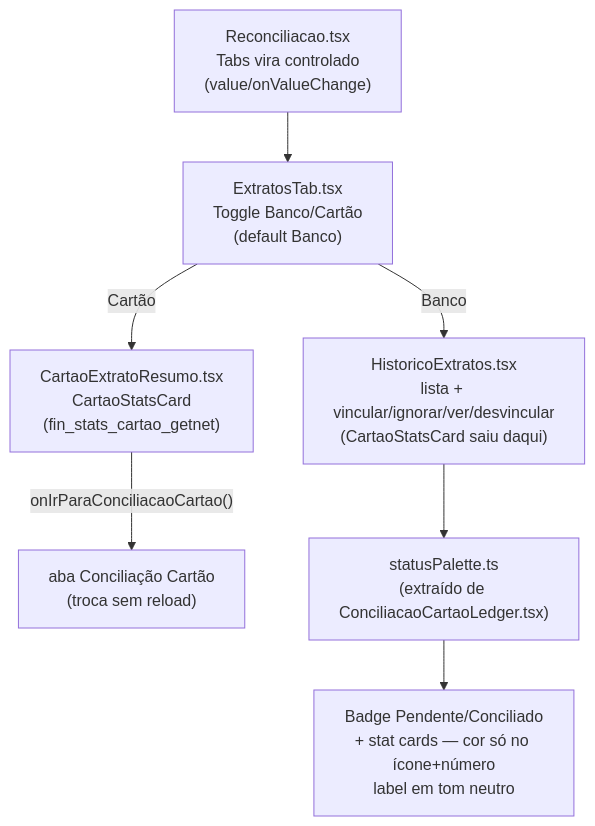
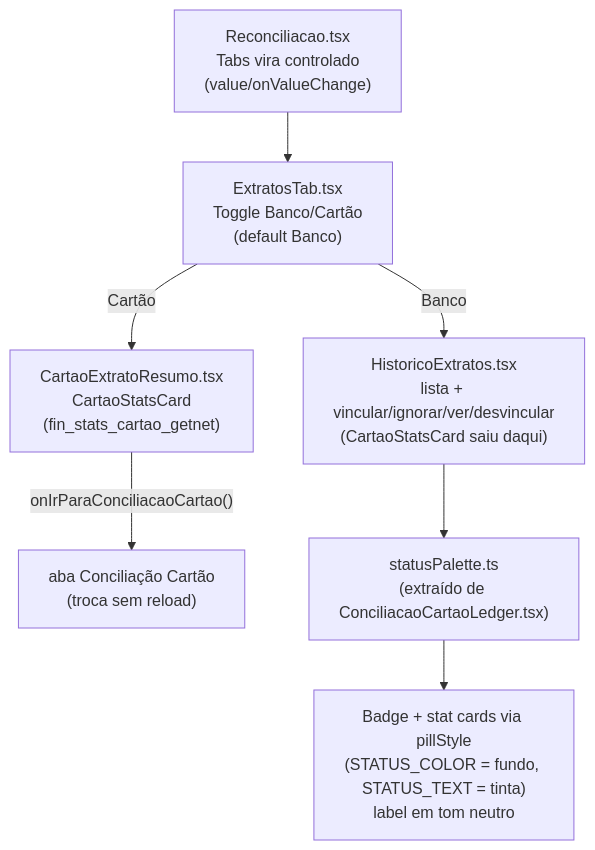
One commit to adrianoapc/igreja-carvalho changed diagram 43 of 43 in docs/diagramas/fluxo-financeiro.md. Above: the diagram before and after it, drawn with Mermaid. The commit also changed other lines of this file and 6 other files, not shown here.

````diff
--- a/docs/diagramas/fluxo-financeiro.md
+++ b/docs/diagramas/fluxo-financeiro.md
@@ -1365,9 +1367,9 @@
 ```mermaid
 flowchart TD
     RECON["Reconciliacao.tsx\nTabs vira controlado\n(value/onValueChange)"] --> EXTRATOS["ExtratosTab.tsx\nToggle Banco/Cartão\n(default Banco)"]
     EXTRATOS -->|Banco| HIST["HistoricoExtratos.tsx\nlista + vincular/ignorar/ver/desvincular\n(CartaoStatsCard saiu daqui)"]
     EXTRATOS -->|Cartão| RESUMO["CartaoExtratoResumo.tsx\nCartaoStatsCard\n(fin_stats_cartao_getnet)"]
     RESUMO -->|"onIrParaConciliacaoCartao()"| ANTECIPACAO["aba Conciliação Cartão\n(troca sem reload)"]
     HIST --> PALETA["statusPalette.ts\n(extraído de ConciliacaoCartaoLedger.tsx)"]
-    PALETA --> BADGE["Badge Pendente/Conciliado\n+ stat cards — cor só no ícone+número\nlabel em tom neutro"]
+    PALETA --> BADGE["Badge + stat cards via pillStyle\n(STATUS_COLOR = fundo, STATUS_TEXT = tinta)\nlabel em tom neutro"]
 ```
````
